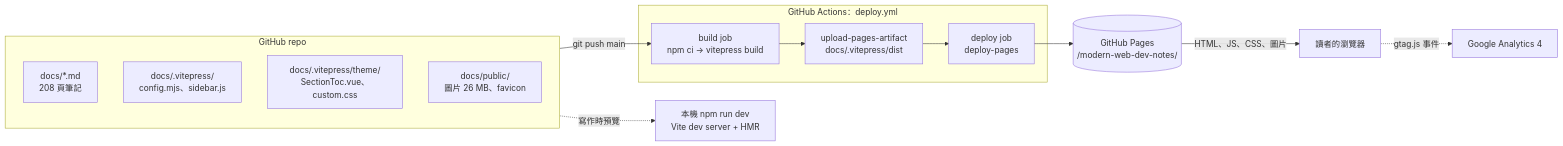
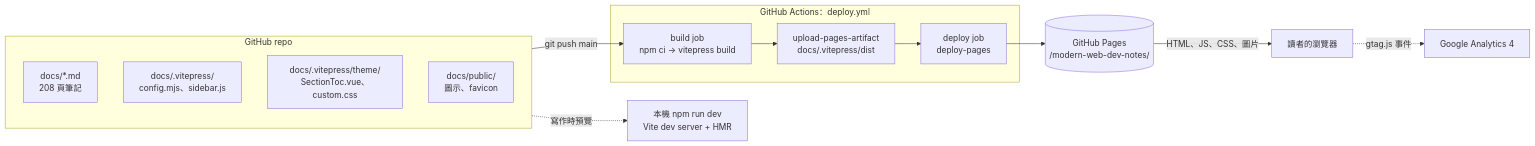
Before and after one commit to Zhang-RenWen/modern-web-dev-notes: the first of 3 diagrams in ARCHITECTURE.md, drawn with Mermaid. The commit also changed other lines of this file and 172 other files, not shown here.

````diff
--- a/ARCHITECTURE.md
+++ b/ARCHITECTURE.md
@@ -34,27 +34,27 @@
 ```mermaid
 flowchart LR
   subgraph repo["GitHub repo"]
     md["docs/*.md<br/>208 頁筆記"]
     cfg["docs/.vitepress/<br/>config.mjs、sidebar.js"]
     theme["docs/.vitepress/theme/<br/>SectionToc.vue、custom.css"]
-    pub["docs/public/<br/>圖片 26 MB、favicon"]
+    pub["docs/public/<br/>圖示、favicon"]
   end
 
   dev["本機 npm run dev<br/>Vite dev server + HMR"]
 
   subgraph ci["GitHub Actions：deploy.yml"]
     build["build job<br/>npm ci → vitepress build"]
     upload["upload-pages-artifact<br/>docs/.vitepress/dist"]
     deploy["deploy job<br/>deploy-pages"]
   end
 
   pages[("GitHub Pages<br/>/modern-web-dev-notes/")]
   browser["讀者的瀏覽器"]
   ga["Google Analytics 4"]
 
   repo -.->|寫作時預覽| dev
   repo -->|git push main| build
   build --> upload --> deploy --> pages
   pages -->|HTML、JS、CSS、圖片| browser
   browser -.->|gtag.js 事件| ga
 ```
````
